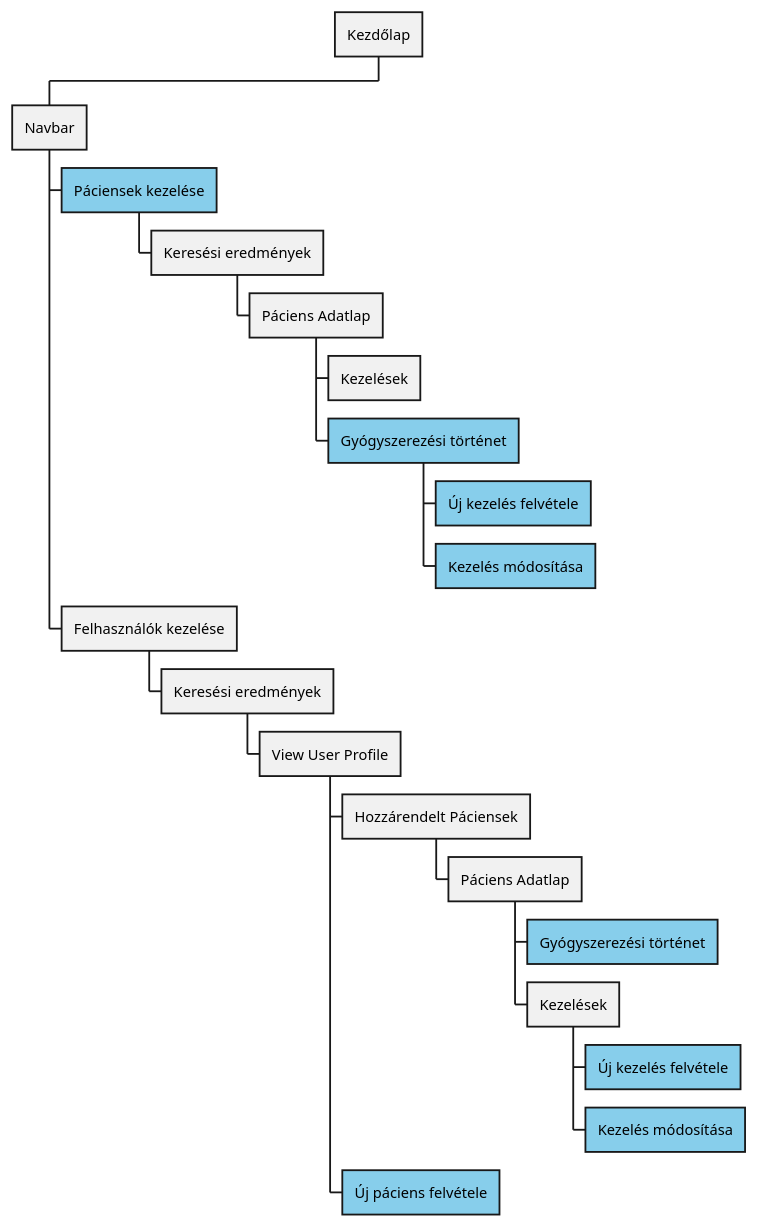
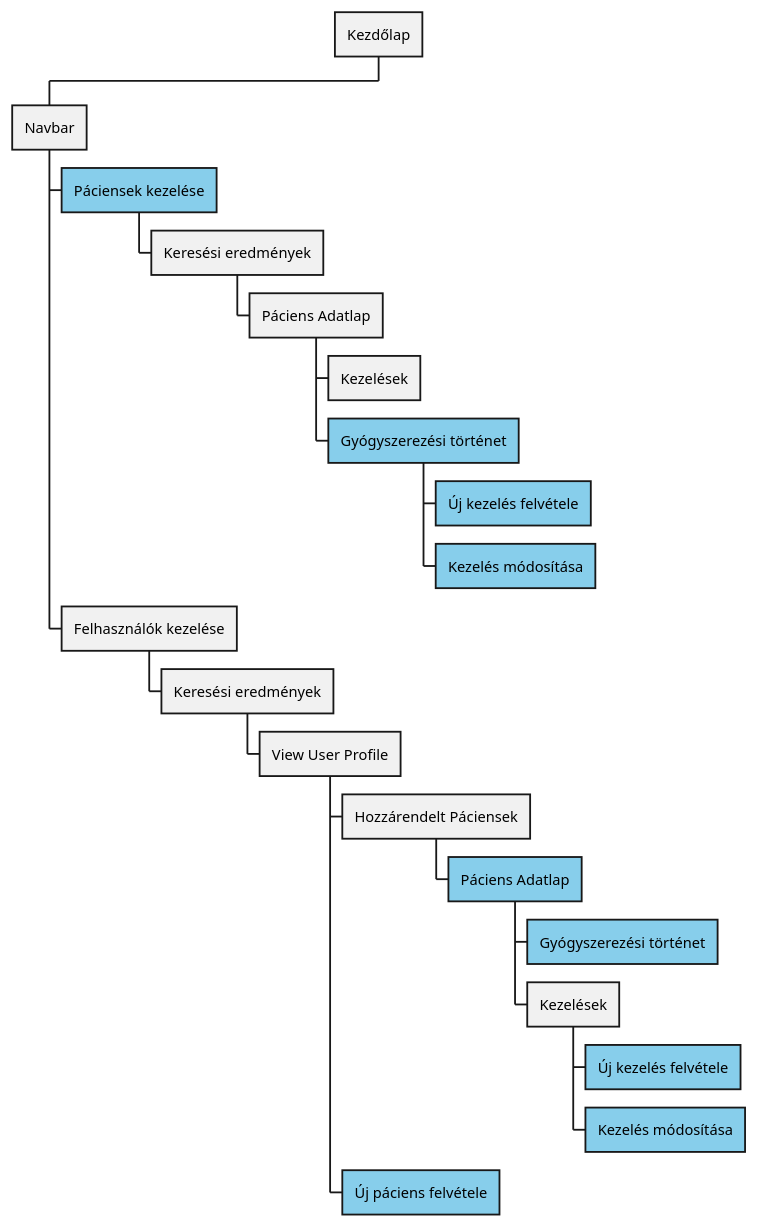
The third of 6 diagrams in Writerside/topics/Funkcionális-Követelmények-SRS.md (Vizsgaremek-borosd-dekanycs/srs-docs), drawn with PlantUML before and after one commit. The commit also changed other lines of this file, not shown here.

````diff
--- a/Writerside/topics/Funkcionális-Követelmények-SRS.md
+++ b/Writerside/topics/Funkcionális-Követelmények-SRS.md
@@ -60,26 +109,26 @@
 ```plantuml
 @startwbs
 * Kezdőlap
 ** Navbar
 ***[#SkyBlue] Páciensek kezelése
 **** Keresési eredmények
 ***** Páciens Adatlap
 ****** Kezelések
 ******[#SkyBlue] Gyógyszerezési történet
 *******[#SkyBlue] Új kezelés felvétele
 *******[#SkyBlue] Kezelés módosítása
 
 *** Felhasználók kezelése
 **** Keresési eredmények
 ***** View User Profile
 ****** Hozzárendelt Páciensek
-******* Páciens Adatlap
+*******[#SkyBlue] Páciens Adatlap
+
 ********[#SkyBlue] Gyógyszerezési történet
 ******** Kezelések
-
 *********[#SkyBlue] Új kezelés felvétele
 *********[#SkyBlue] Kezelés módosítása
 
 ******[#SkyBlue] Új páciens felvétele
 @endwbs
 ```
````
